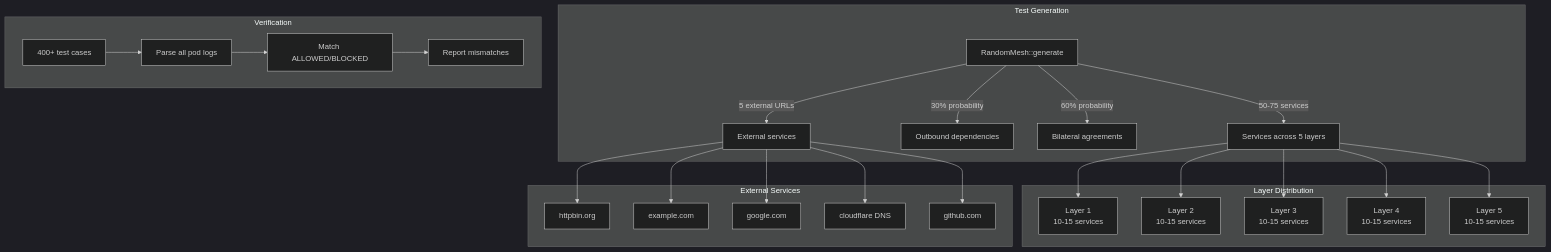
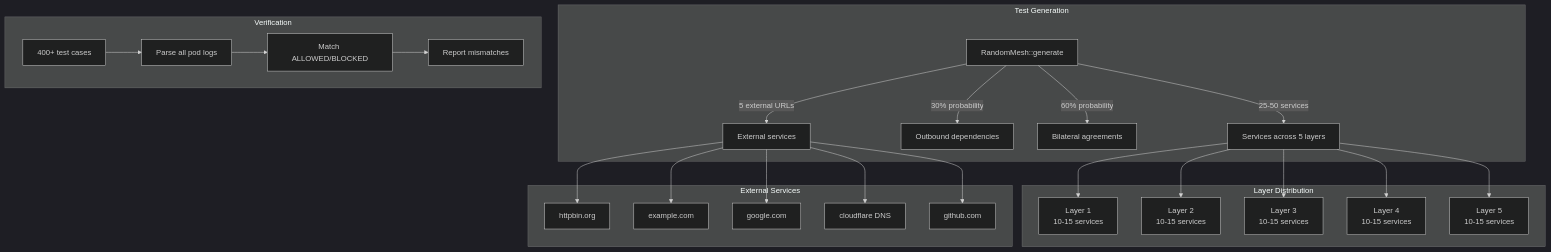
Before and after one commit to evan-hines-js/lattice: diagram 12 of 18 in docs/e2e-tests.md, drawn with Mermaid (dark theme). The commit also changed other lines of this file and 14 other files, not shown here.

````diff
--- a/docs/e2e-tests.md
+++ b/docs/e2e-tests.md
@@ -404,45 +404,45 @@
 ```mermaid
 flowchart TD
     subgraph "Test Generation"
         GEN[RandomMesh::generate]
-        GEN --> |"50-75 services"| SVC[Services across 5 layers]
+        GEN --> |"25-50 services"| SVC[Services across 5 layers]
         GEN --> |"30% probability"| OUT[Outbound dependencies]
         GEN --> |"60% probability"| BI[Bilateral agreements]
         GEN --> |"5 external URLs"| EXT[External services]
     end
 
     subgraph "Layer Distribution"
         L1[Layer 1<br/>10-15 services]
         L2[Layer 2<br/>10-15 services]
         L3[Layer 3<br/>10-15 services]
         L4[Layer 4<br/>10-15 services]
         L5[Layer 5<br/>10-15 services]
     end
 
     SVC --> L1
     SVC --> L2
     SVC --> L3
     SVC --> L4
     SVC --> L5
 
     subgraph "External Services"
         E1[httpbin.org]
         E2[example.com]
         E3[google.com]
         E4[cloudflare DNS]
         E5[github.com]
     end
 
     EXT --> E1
     EXT --> E2
     EXT --> E3
     EXT --> E4
     EXT --> E5
 
     subgraph "Verification"
         VER[400+ test cases]
         VER --> PARSE[Parse all pod logs]
         PARSE --> MATCH[Match ALLOWED/BLOCKED]
         MATCH --> REPORT[Report mismatches]
     end
 ```
````
